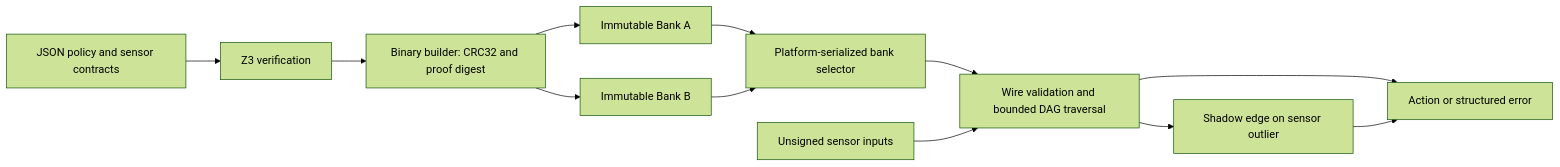
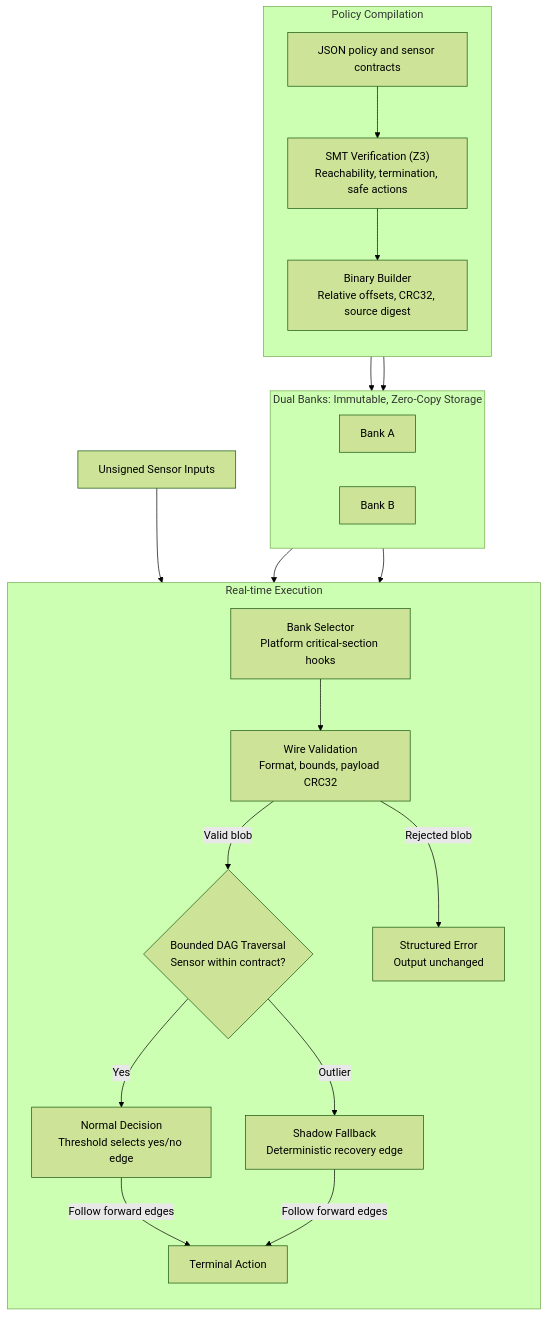
One commit to AAanin/anix changed the diagram in README.md. Above: the diagram before and after it, drawn with Mermaid (forest theme). The commit also changed other lines of this file, not shown here.

Commit message:
docs: fix UTF-8 and refine architecture
docs: fix utf-8 encoding artifacts and refine architecture flow in readme

````diff
--- a/README.md
+++ b/README.md
@@ -10,14 +10,40 @@
 ```mermaid
-flowchart LR
-  G[JSON policy and sensor contracts] --> Z[Z3 verification]
-  Z --> B[Binary builder: CRC32 and proof digest]
-  B --> A[Immutable Bank A]
-  B --> C[Immutable Bank B]
-  A --> S[Platform-serialized bank selector]
+flowchart TD
+  subgraph Compile["Policy Compilation"]
+    direction TB
+    G["JSON policy and sensor contracts"]
+    Z["SMT Verification (Z3)<br/>Reachability, termination, safe actions"]
+    B["Binary Builder<br/>Relative offsets, CRC32, source digest"]
+    G --> Z --> B
+  end
+
+  subgraph Banks["Dual Banks: Immutable, Zero-Copy Storage"]
+    direction LR
+    A["Bank A"]
+    C["Bank B"]
+  end
+
+  subgraph Runtime["Real-time Execution"]
+    direction TB
+    S["Bank Selector<br/>Platform critical-section hooks"]
+    V["Wire Validation<br/>Format, bounds, payload CRC32"]
+    D{"Bounded DAG Traversal<br/>Sensor within contract?"}
+    F["Shadow Fallback<br/>Deterministic recovery edge"]
+    N["Normal Decision<br/>Threshold selects yes/no edge"]
+    O["Terminal Action"]
+    E["Structured Error<br/>Output unchanged"]
+    S --> V
+    V -->|Valid blob| D
+    V -->|Rejected blob| E
+    D -->|Yes| N
+    D -->|Outlier| F
+    N -->|Follow forward edges| O
+    F -->|Follow forward edges| O
+  end
+
+  I["Unsigned Sensor Inputs"] --> D
+  B --> A
+  B --> C
+  A --> S
   C --> S
-  S --> V[Wire validation and bounded DAG traversal]
-  I[Unsigned sensor inputs] --> V
-  V --> O[Action or structured error]
-  V --> F[Shadow edge on sensor outlier]
-  F --> O
 ```
````
